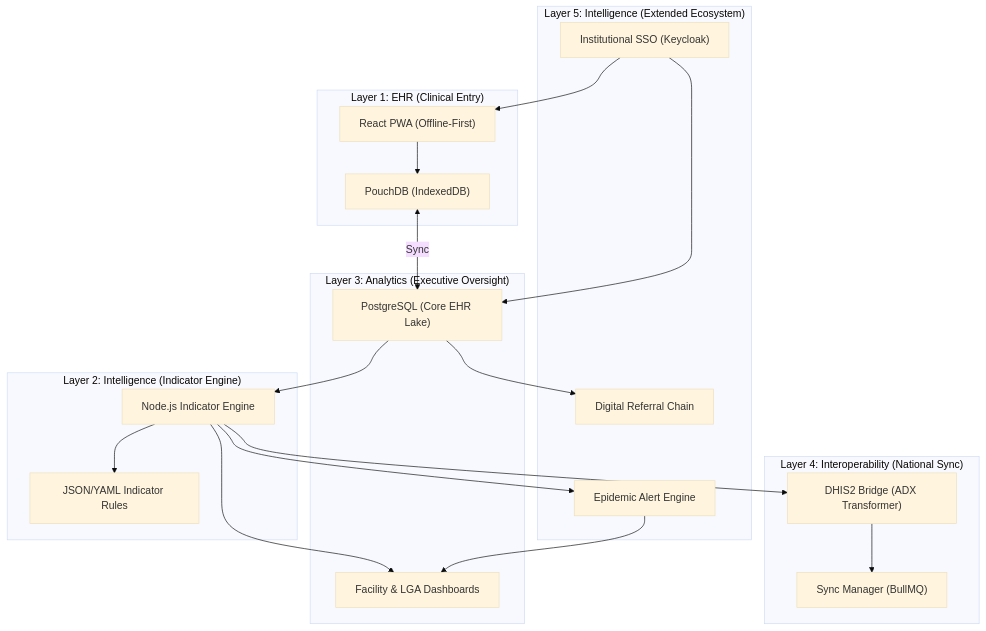
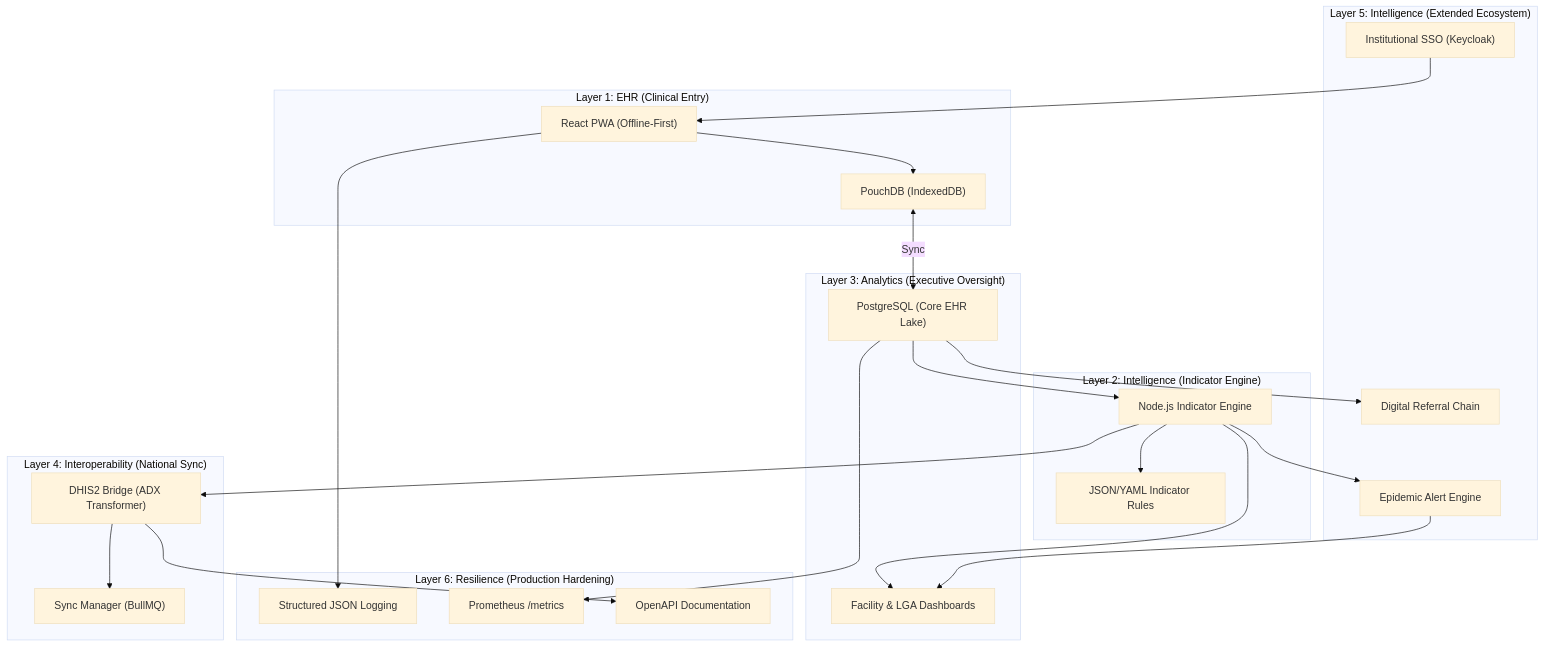
The diagram in docs/WHITE_PAPER.md (huzex87/carelink-phc), drawn with Mermaid (base theme) before and after one commit. The commit also changed other lines of this file and 6 other files, not shown here.

````diff
--- a/docs/WHITE_PAPER.md
+++ b/docs/WHITE_PAPER.md
@@ -14,42 +17,50 @@
 ```mermaid
 graph TD
     subgraph "Layer 1: EHR (Clinical Entry)"
         PWA["React PWA (Offline-First)"]
         LocalDB["PouchDB (IndexedDB)"]
     end
 
     subgraph "Layer 2: Intelligence (Indicator Engine)"
         Engine["Node.js Indicator Engine"]
         Rules["JSON/YAML Indicator Rules"]
     end
 
     subgraph "Layer 3: Analytics (Executive Oversight)"
         Dashboard["Facility & LGA Dashboards"]
         Postgres["PostgreSQL (Core EHR Lake)"]
     end
 
     subgraph "Layer 4: Interoperability (National Sync)"
         Bridge["DHIS2 Bridge (ADX Transformer)"]
         Queue["Sync Manager (BullMQ)"]
     end
 
     PWA --> LocalDB
     LocalDB <-->|Sync| Postgres
     Postgres --> Engine
     Engine --> Rules
     Engine --> Dashboard
     Engine --> Bridge
     Bridge --> Queue
 
     subgraph "Layer 5: Intelligence (Extended Ecosystem)"
         ML["Epidemic Alert Engine"]
         Referral["Digital Referral Chain"]
         SSO["Institutional SSO (Keycloak)"]
     end
 
+    subgraph "Layer 6: Resilience (Production Hardening)"
+        Logging["Structured JSON Logging"]
+        Metrics["Prometheus /metrics"]
+        Swagger["OpenAPI Documentation"]
+    end
+
     Engine --> ML
     ML --> Dashboard
     Postgres --> Referral
     SSO --> PWA
-    SSO --> Postgres
+    PWA --> Logging
+    Postgres --> Metrics
+    Bridge --> Swagger
 ```
````
